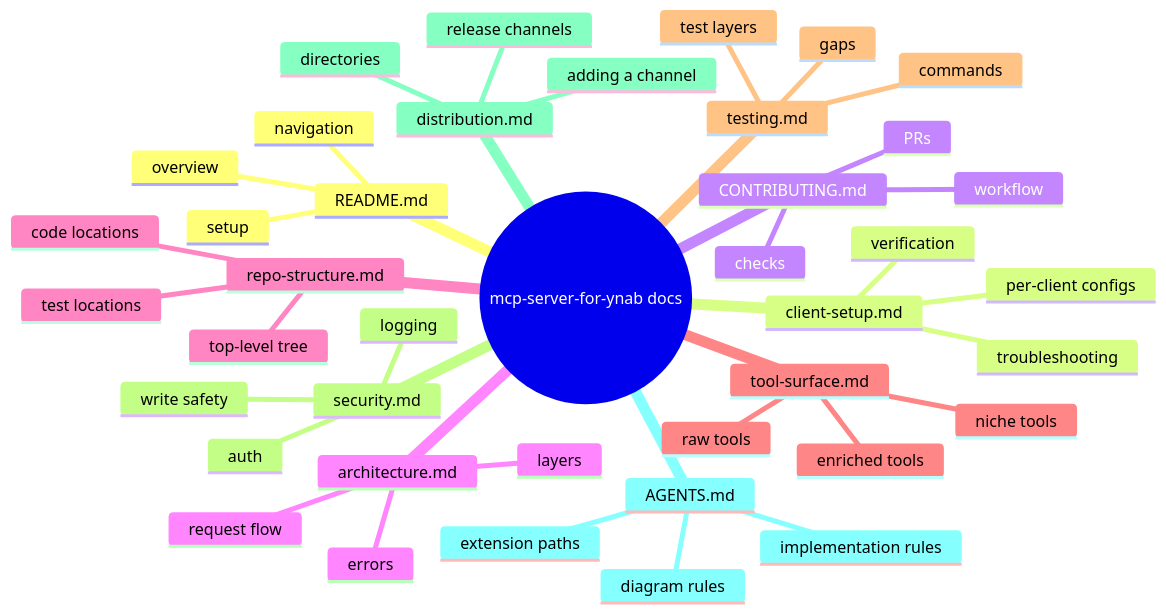
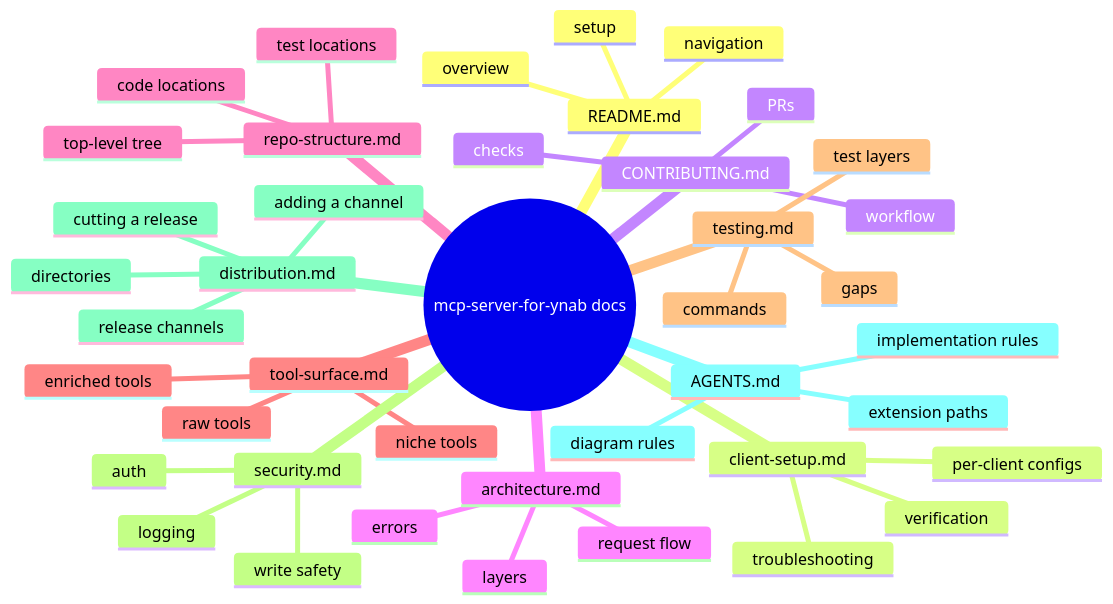
Before and after one commit to hs737/mcp-server-for-ynab: the diagram in docs/README.md, drawn with Mermaid. The commit also changed 5 other files, not shown here.

````diff
--- a/docs/README.md
+++ b/docs/README.md
@@ -18,44 +18,45 @@
 ```mermaid
 mindmap
   root((mcp-server-for-ynab docs))
     README.md
       setup
       overview
       navigation
     client-setup.md
       per-client configs
       verification
       troubleshooting
     CONTRIBUTING.md
       workflow
       PRs
       checks
     architecture.md
       layers
       request flow
       errors
     repo-structure.md
       top-level tree
       code locations
       test locations
     tool-surface.md
       raw tools
       enriched tools
       niche tools
     testing.md
       test layers
       commands
       gaps
     security.md
       auth
       logging
       write safety
     distribution.md
+      cutting a release
       release channels
       directories
       adding a channel
     AGENTS.md
       implementation rules
       extension paths
       diagram rules
 ```
````
